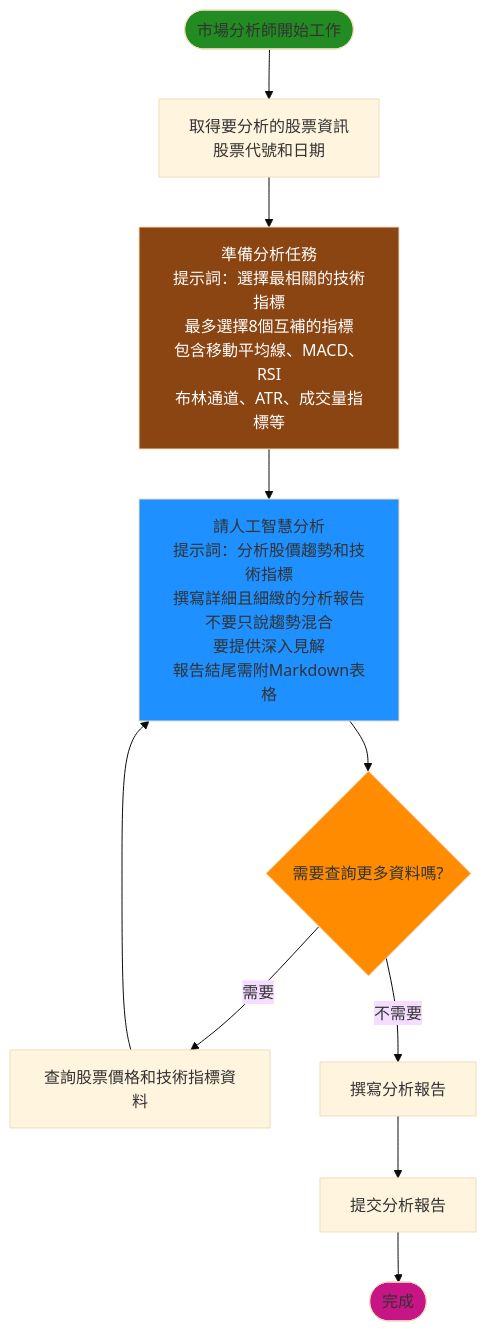
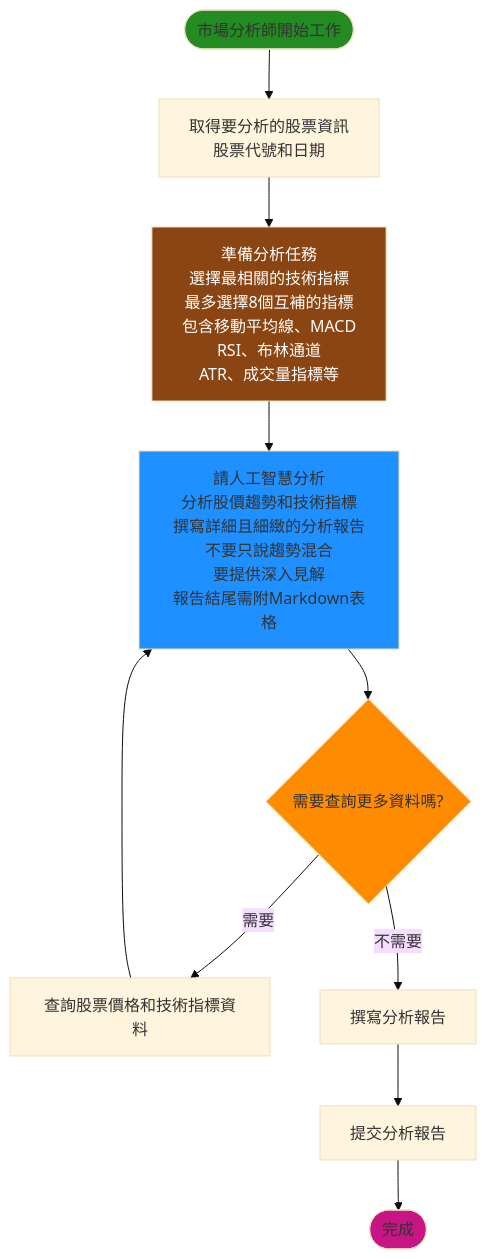
The fourth of 9 diagrams in 流程圖_簡化.md (chitienshih-wq/Git_Test), drawn with Mermaid (base theme) before and after one commit. The commit also changed other lines of this file, not shown here.

````diff
--- a/流程圖_簡化.md
+++ b/流程圖_簡化.md
@@ -104,24 +104,24 @@
 ```mermaid
 flowchart TD
     Start([市場分析師開始工作]) --> GetInfo[取得要分析的股票資訊<br/>股票代號和日期]
     
-    GetInfo --> PrepareTask[準備分析任務<br/>提示詞：選擇最相關的技術指標<br/>最多選擇8個互補的指標<br/>包含移動平均線、MACD、RSI<br/>布林通道、ATR、成交量指標等]
+    GetInfo --> PrepareTask[準備分析任務<br/>選擇最相關的技術指標<br/>最多選擇8個互補的指標<br/>包含移動平均線、MACD<br/>RSI、布林通道<br/>ATR、成交量指標等]
     
-    PrepareTask --> AskAI[請人工智慧分析<br/>提示詞：分析股價趨勢和技術指標<br/>撰寫詳細且細緻的分析報告<br/>不要只說趨勢混合<br/>要提供深入見解<br/>報告結尾需附Markdown表格]
+    PrepareTask --> AskAI[請人工智慧分析<br/>分析股價趨勢和技術指標<br/>撰寫詳細且細緻的分析報告<br/>不要只說趨勢混合<br/>要提供深入見解<br/>報告結尾需附Markdown表格]
     
     AskAI --> CheckNeedData{需要查詢更多資料嗎?}
     
     CheckNeedData -->|需要| QueryData[查詢股票價格和技術指標資料]
     CheckNeedData -->|不需要| WriteReport[撰寫分析報告]
     
     QueryData --> AskAI
     
     WriteReport --> Return[提交分析報告]
     Return --> End([完成])
     
     style Start fill:#228B22
     style End fill:#C71585
     style CheckNeedData fill:#FF8C00
     style AskAI fill:#1E90FF
     style PrepareTask fill:#8B4513,color:#FFFFFF
 ```
````
